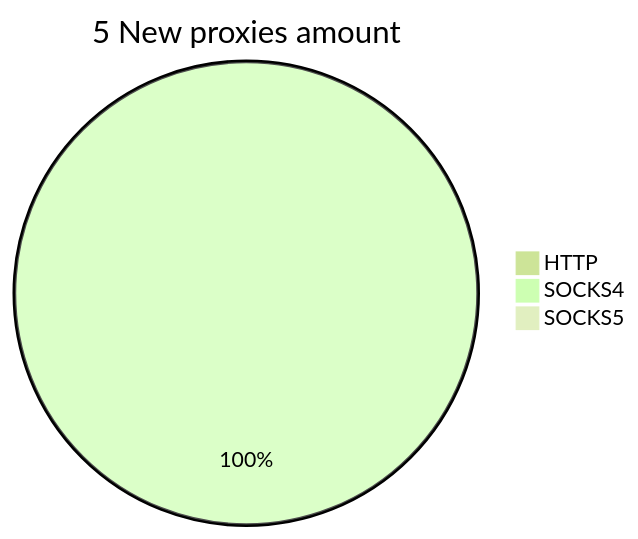
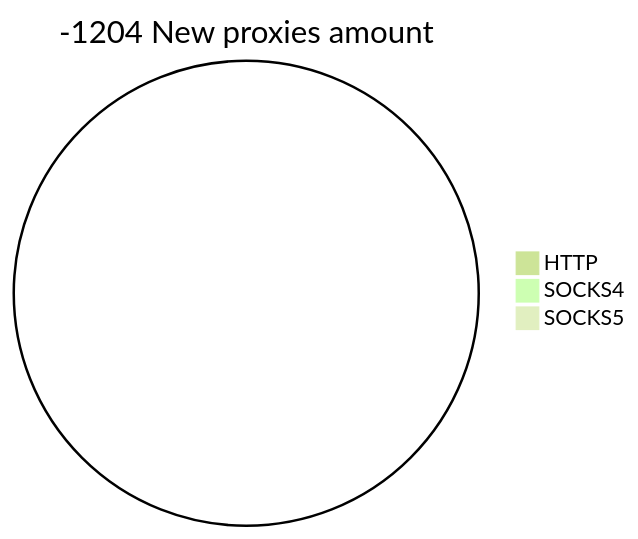
Before and after one commit to cutipu/proxylist: the second of 2 diagrams in README.md, drawn with Mermaid (forest theme). The commit also changed other lines of this file, not shown here.

````diff
--- a/README.md
+++ b/README.md
@@ -10,6 +10,6 @@
 ```mermaid
-pie title 5 New proxies amount
+pie title -1204 New proxies amount
     "HTTP" : 0
-    "SOCKS4" : 5
+    "SOCKS4" : 0
     "SOCKS5" : 0
 ```
````
